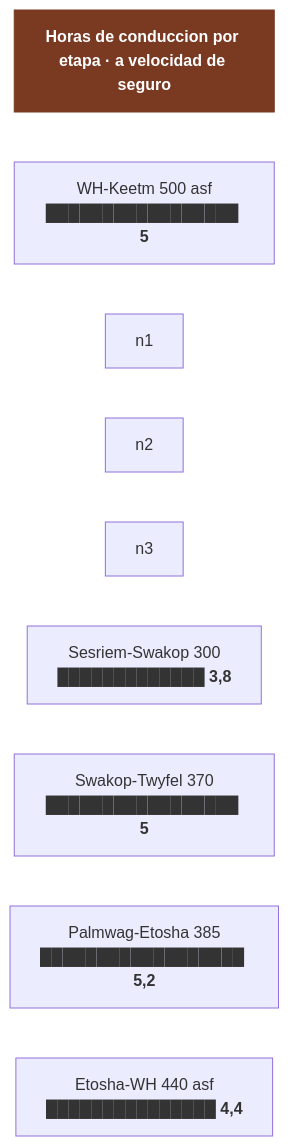
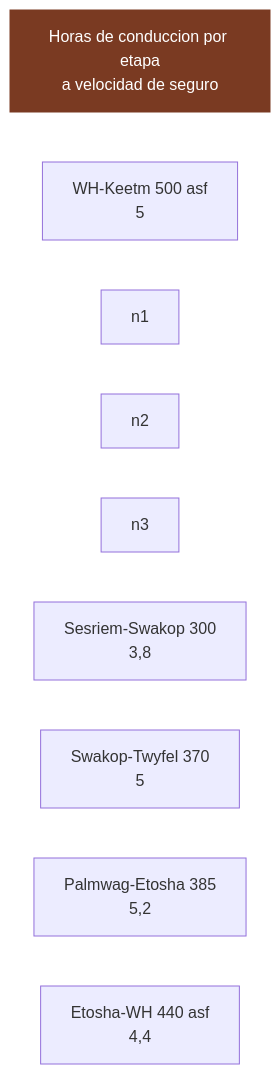
Before and after one commit to morandeirachema/namibia: the second of 2 diagrams in 13-itinerario.md, drawn with Mermaid. The commit also changed 14 other files, not shown here.

Commit message:
Arreglar el renderizado de los diagramas en GitHub: fuera emojis, negritas y barras ASCII de dentro de los nodos, que descuadraban la medida y recortaban el texto

````diff
--- a/13-itinerario.md
+++ b/13-itinerario.md
@@ -169,18 +169,18 @@
 ```mermaid
 flowchart TD
-    T["<b>Horas de conduccion por etapa · a velocidad de seguro</b>"]
-    n0["WH-Keetm 500 asf<br/>█████████████████ <b>5</b>"]
-    n4["Sesriem-Swakop 300<br/>█████████████ <b>3,8</b>"]
-    n5["Swakop-Twyfel 370<br/>█████████████████ <b>5</b>"]
-    n6["Palmwag-Etosha 385<br/>██████████████████ <b>5,2</b>"]
-    n7["Etosha-WH 440 asf<br/>███████████████ <b>4,4</b>"]
+    T["Horas de conduccion por etapa<br/>a velocidad de seguro"]
+    n0["WH-Keetm 500 asf<br/>5"]
+    n4["Sesriem-Swakop 300<br/>3,8"]
+    n5["Swakop-Twyfel 370<br/>5"]
+    n6["Palmwag-Etosha 385<br/>5,2"]
+    n7["Etosha-WH 440 asf<br/>4,4"]
     T ~~~ n0
     n0 ~~~ n1
     n1 ~~~ n2
     n2 ~~~ n3
     n3 ~~~ n4
     n4 ~~~ n5
     n5 ~~~ n6
     n6 ~~~ n7
     style T fill:#7a3a22,color:#fff,stroke:#7a3a22
 ```
````
